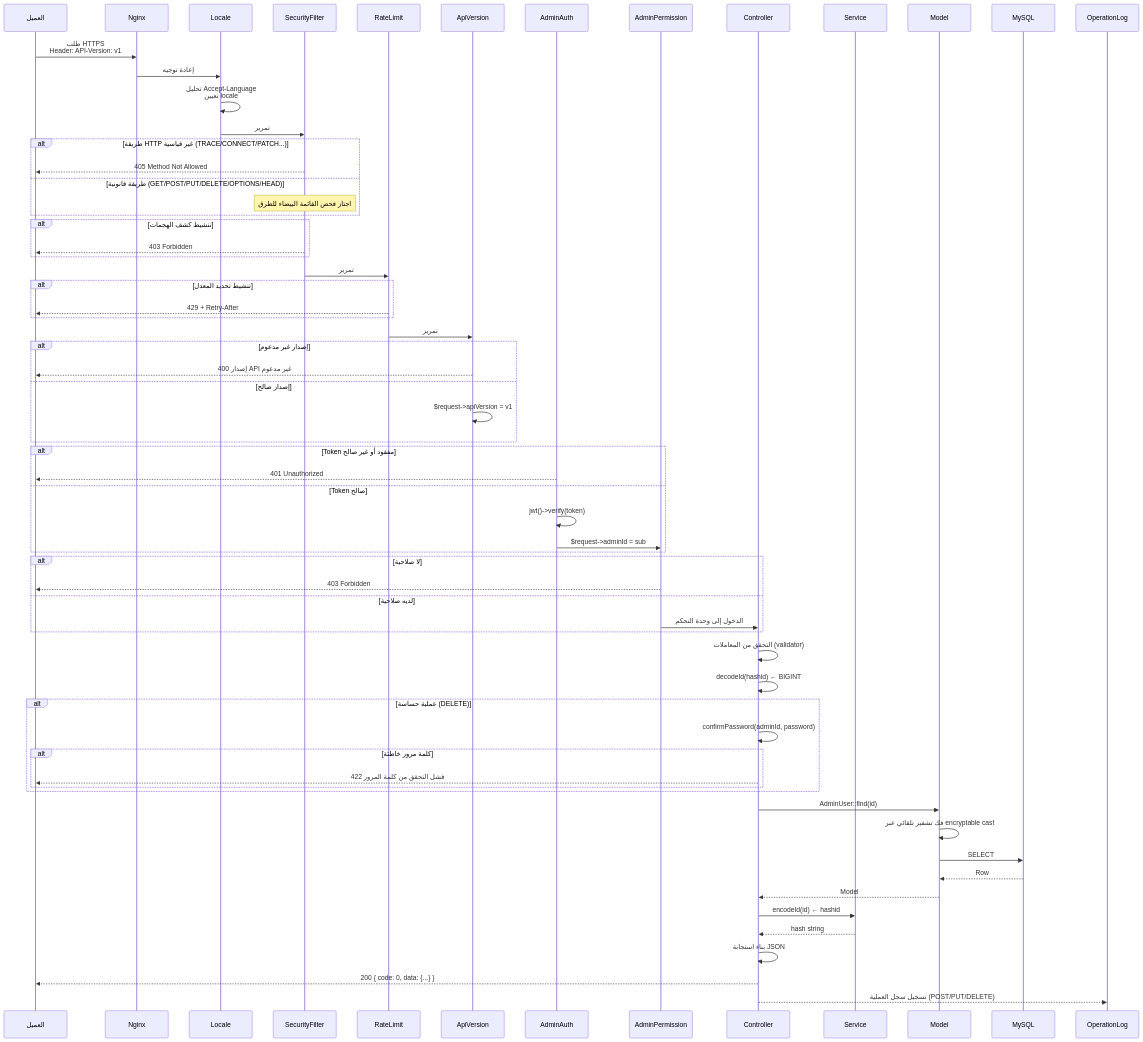
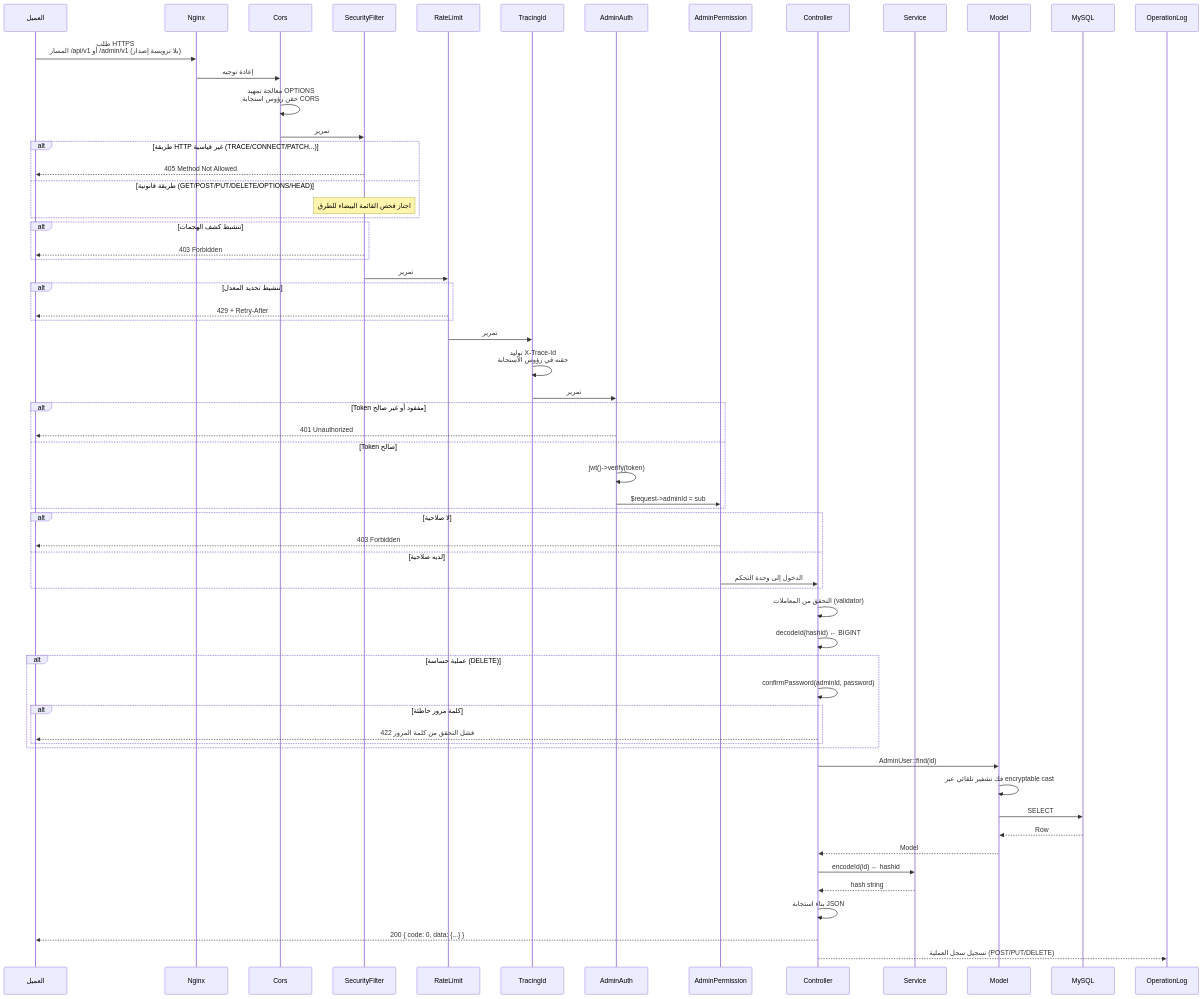
One commit to erikwang2013/erp-php changed the third of 20 diagrams in docs/i18n/ar/ARCHITECTURE.md. Above: the diagram before and after it, drawn with Mermaid. The commit also changed other lines of this file and 325 other files, not shown here.

````diff
--- a/docs/i18n/ar/ARCHITECTURE.md
+++ b/docs/i18n/ar/ARCHITECTURE.md
@@ -157,81 +180,77 @@
 ```mermaid
 sequenceDiagram
     participant C as العميل
     participant N as Nginx
-    participant MW_LOC as Locale
+    participant MW_CR as Cors
     participant MW_SF as SecurityFilter
     participant MW_RL as RateLimit
-    participant MW0 as ApiVersion
+    participant MW_TID as TracingId
     participant MW1 as AdminAuth
     participant MW2 as AdminPermission
     participant CTL as Controller
     participant SVC as Service
     participant MDL as Model
     participant DB as MySQL
     participant OPLOG as OperationLog
 
-    C->>N: طلب HTTPS<br/>Header: API-Version: v1
-    N->>MW_LOC: إعادة توجيه
-    MW_LOC->>MW_LOC: تحليل Accept-Language<br/>تعيين locale
-    MW_LOC->>MW_SF: تمرير
+    C->>N: طلب HTTPS<br/>المسار /api/v1 أو /admin/v1 (بلا ترويسة إصدار)
+    N->>MW_CR: إعادة توجيه
+    MW_CR->>MW_CR: معالجة تمهيد OPTIONS<br/>حقن رؤوس استجابة CORS
+    MW_CR->>MW_SF: تمرير
 
     alt طريقة HTTP غير قياسية (TRACE/CONNECT/PATCH...)
         MW_SF-->>C: 405 Method Not Allowed
     else طريقة قانونية (GET/POST/PUT/DELETE/OPTIONS/HEAD)
         Note over MW_SF: اجتاز فحص القائمة البيضاء للطرق
     end
 
     alt تنشيط كشف الهجمات
         MW_SF-->>C: 403 Forbidden
     end
 
     MW_SF->>MW_RL: تمرير
 
     alt تنشيط تحديد المعدل
         MW_RL-->>C: 429 + Retry-After
     end
 
-    MW_RL->>MW0: تمرير
-
-    alt إصدار غير مدعوم
-        MW0-->>C: 400 إصدار API غير مدعوم
-    else إصدار صالح
-        MW0->>MW0: $request->apiVersion = v1
-    end
+    MW_RL->>MW_TID: تمرير
+    MW_TID->>MW_TID: توليد X-Trace-Id<br/>حقنه في رؤوس الاستجابة
+    MW_TID->>MW1: تمرير
 
     alt Token مفقود أو غير صالح
         MW1-->>C: 401 Unauthorized
     else Token صالح
         MW1->>MW1: jwt()->verify(token)
         MW1->>MW2: $request->adminId = sub
     end
 
     alt لا صلاحية
         MW2-->>C: 403 Forbidden
     else لديه صلاحية
         MW2->>CTL: الدخول إلى وحدة التحكم
     end
 
     CTL->>CTL: التحقق من المعاملات (validator)
     CTL->>CTL: decodeId(hashid) ← BIGINT
 
     alt عملية حساسة (DELETE)
         CTL->>CTL: confirmPassword(adminId, password)
         alt كلمة مرور خاطئة
             CTL-->>C: 422 فشل التحقق من كلمة المرور
         end
     end
 
     CTL->>MDL: AdminUser::find(id)
     MDL->>MDL: فك تشفير تلقائي عبر encryptable cast
     MDL->>DB: SELECT
     DB-->>MDL: Row
     MDL-->>CTL: Model
 
     CTL->>SVC: encodeId(id) ← hashid
     SVC-->>CTL: hash string
 
     CTL->>CTL: بناء استجابة JSON
     CTL-->>C: 200 { code: 0, data: {...} }
     CTL-->>OPLOG: تسجيل سجل العملية (POST/PUT/DELETE)
 ```
````
